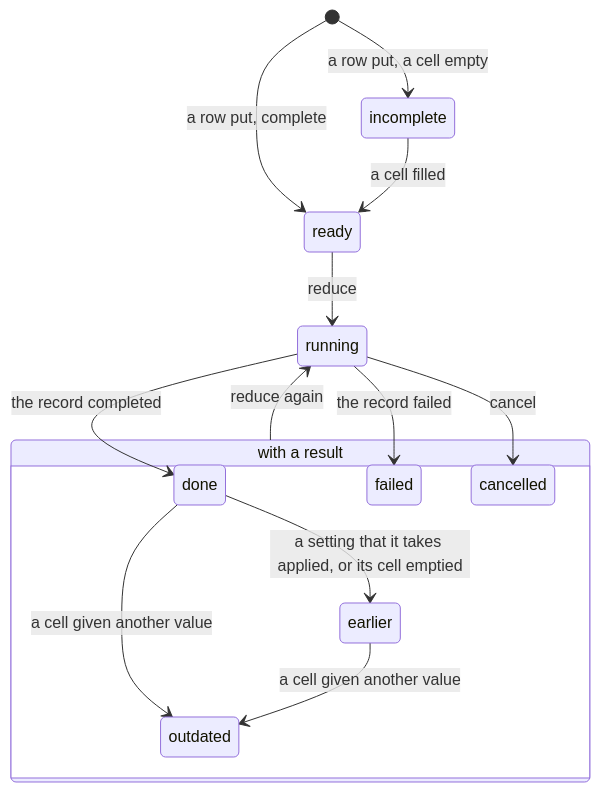
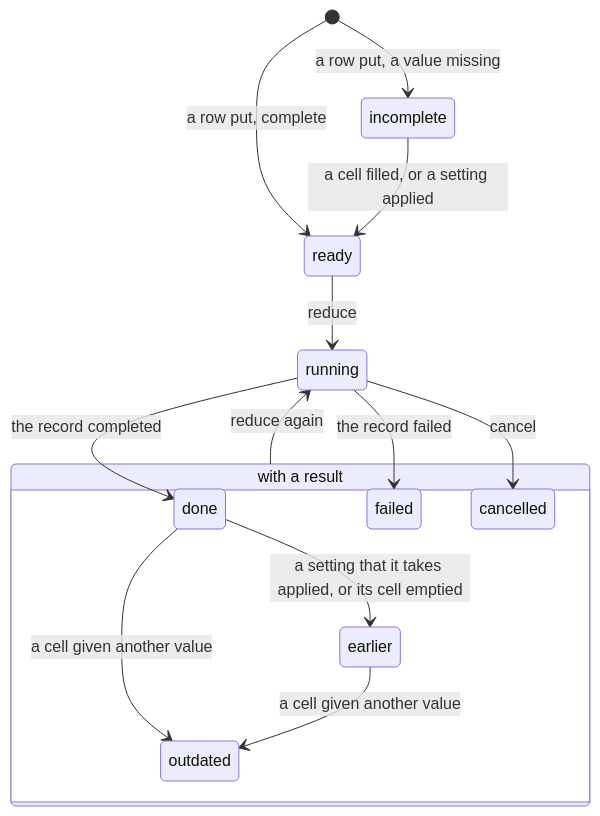
One commit to scipp/essapps changed the third of 5 diagrams in packages/essapps/docs/batch.md. Above: the diagram before and after it, drawn with Mermaid. The commit also changed other lines of this file and 17 other files, not shown here.

````diff
--- a/packages/essapps/docs/batch.md
+++ b/packages/essapps/docs/batch.md
@@ -374,18 +380,18 @@
 ```mermaid
 stateDiagram-v2
-    [*] --> incomplete: a row put, a cell empty
+    [*] --> incomplete: a row put, a value missing
     [*] --> ready: a row put, complete
-    incomplete --> ready: a cell filled
+    incomplete --> ready: a cell filled, or a setting applied
     ready --> running: reduce
     running --> done: the record completed
     running --> failed: the record failed
     running --> cancelled: cancel
     state "with a result" as result {
         done --> earlier: a setting that it takes applied, or its cell emptied
         done --> outdated: a cell given another value
         earlier --> outdated: a cell given another value
         failed
         cancelled
     }
     result --> running: reduce again
 ```
````
